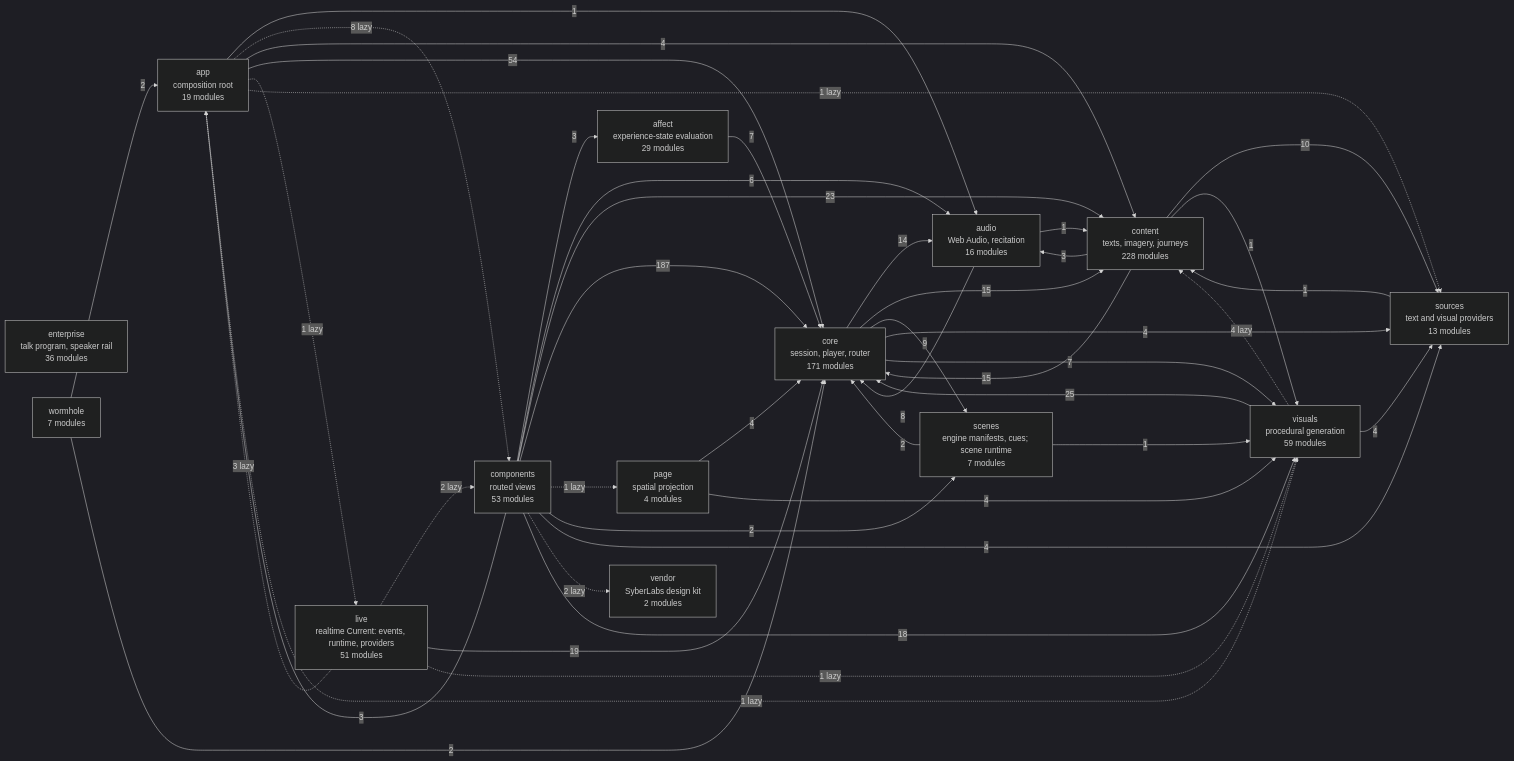
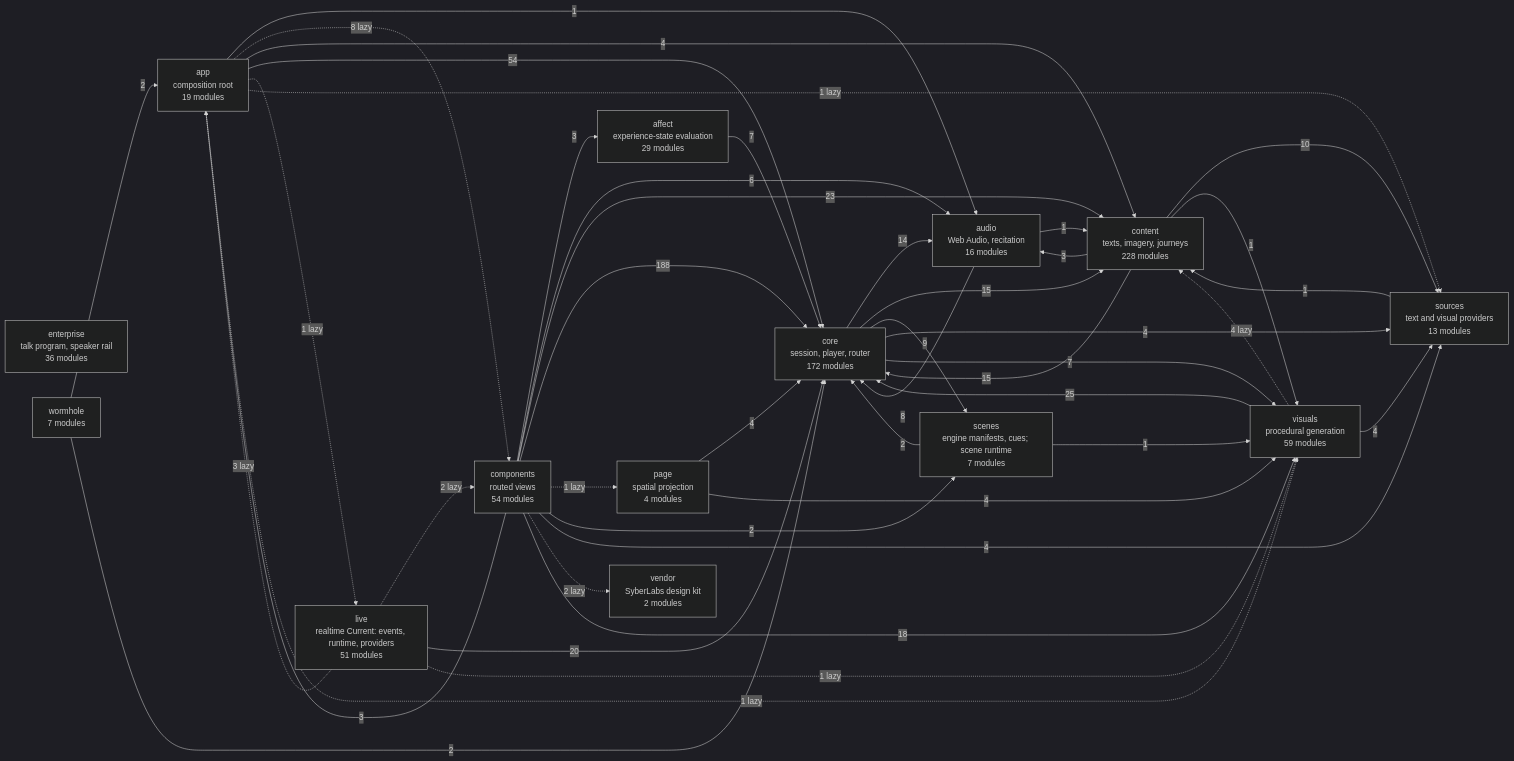
One commit to SyberLabs/RISE changed the diagram in docs/specs/ARCHITECTURE.md. Above: the diagram before and after it, drawn with Mermaid (dark theme). The commit also changed 36 other files, not shown here.

First line of the commit message:
CC-009: SVG figures — a model draws a figure, admitted twice and shown as an image (#586)

````diff
--- a/docs/specs/ARCHITECTURE.md
+++ b/docs/specs/ARCHITECTURE.md
@@ -161,61 +161,61 @@
 ```mermaid
 flowchart LR
     affect["affect<br/>experience-state evaluation<br/>29 modules"]
     app["app<br/>composition root<br/>19 modules"]
     audio["audio<br/>Web Audio, recitation<br/>16 modules"]
-    components["components<br/>routed views<br/>53 modules"]
+    components["components<br/>routed views<br/>54 modules"]
     content["content<br/>texts, imagery, journeys<br/>228 modules"]
-    core["core<br/>session, player, router<br/>171 modules"]
+    core["core<br/>session, player, router<br/>172 modules"]
     enterprise["enterprise<br/>talk program, speaker rail<br/>36 modules"]
     live["live<br/>realtime Current: events, runtime, providers<br/>51 modules"]
     page["page<br/>spatial projection<br/>4 modules"]
     scenes["scenes<br/>engine manifests, cues; scene runtime<br/>7 modules"]
     sources["sources<br/>text and visual providers<br/>13 modules"]
     vendor["vendor<br/>SyberLabs design kit<br/>2 modules"]
     visuals["visuals<br/>procedural generation<br/>59 modules"]
     wormhole["wormhole<br/>7 modules"]
 
     affect --> |7| core
     app --> |1| audio
     app -.-> |8 lazy| components
     app --> |4| content
     app --> |54| core
     app -.-> |1 lazy| live
     app -.-> |1 lazy| sources
     app -.-> |1 lazy| visuals
     audio --> |1| content
     audio --> |8| core
     components --> |3| affect
     components --> |3| app
     components --> |6| audio
     components --> |23| content
-    components --> |187| core
+    components --> |188| core
     components -.-> |1 lazy| page
     components --> |2| scenes
     components --> |4| sources
     components -.-> |2 lazy| vendor
     components --> |18| visuals
     content --> |3| audio
     content --> |15| core
     content --> |10| sources
     content --> |1| visuals
     core --> |14| audio
     core --> |15| content
     core --> |9| scenes
     core --> |4| sources
     core --> |7| visuals
     live -.-> |3 lazy| app
     live -.-> |2 lazy| components
-    live --> |19| core
+    live --> |20| core
     live -.-> |1 lazy| visuals
     page --> |4| core
     page --> |4| visuals
     scenes --> |2| core
     scenes --> |1| visuals
     sources --> |1| content
     visuals -.-> |4 lazy| content
     visuals --> |25| core
     visuals --> |4| sources
     wormhole --> |2| app
     wormhole --> |2| core
 ```
````
